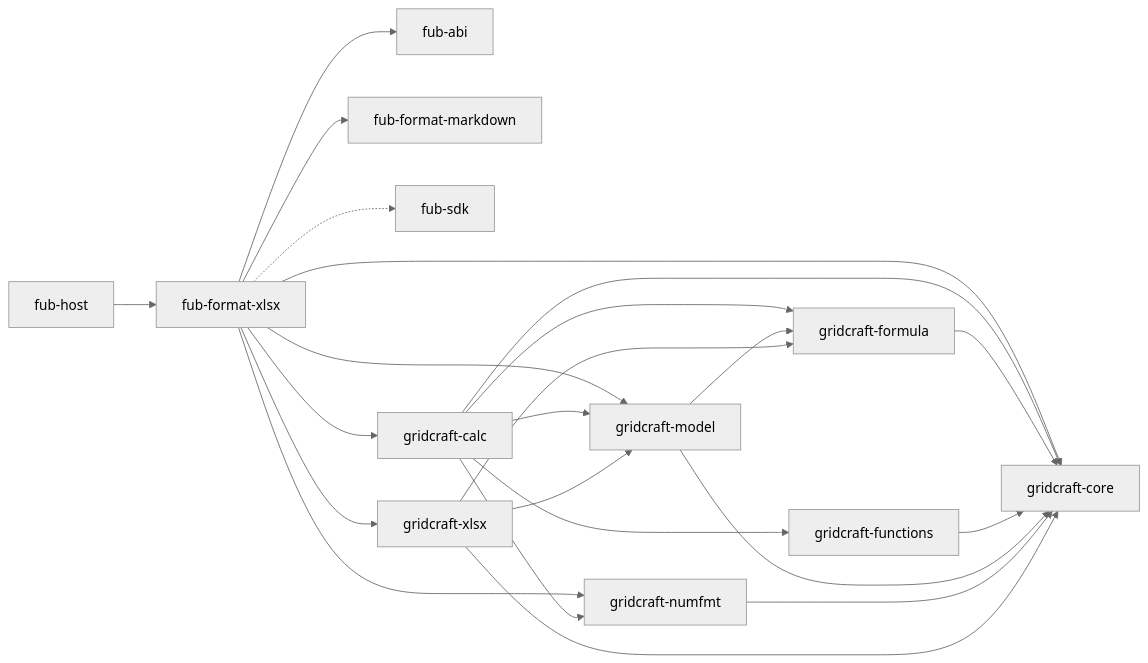
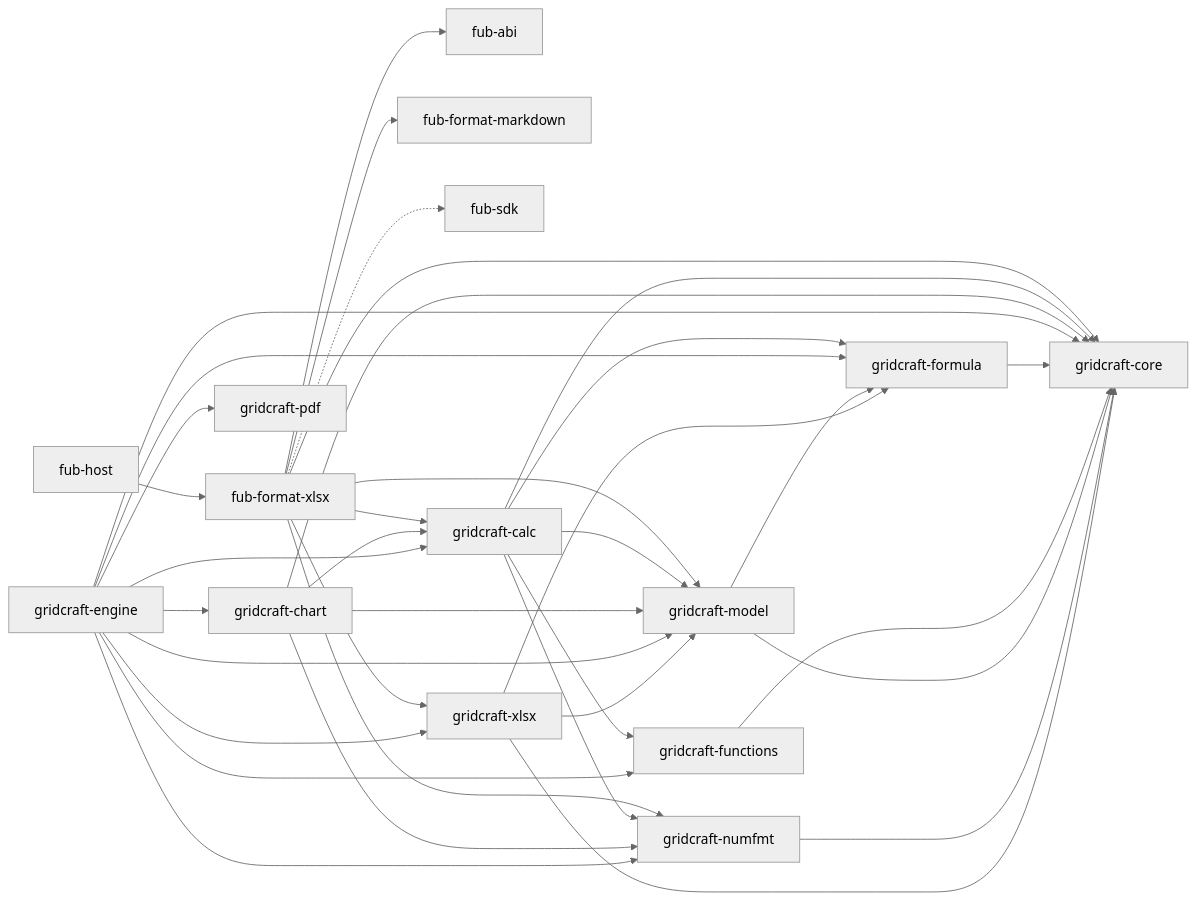
Before and after one commit to Fubeo/Fub: the third of 4 diagrams in docs/architecture/overview.md, drawn with Mermaid (neutral theme). The commit also changed other lines of this file and 77 other files, not shown here.

Commit message:
build(vendor): engine, chart e pdf di GridCraft v0.9.0, con l'apertura senza ricalcolo

````diff
--- a/docs/architecture/overview.md
+++ b/docs/architecture/overview.md
@@ -156,41 +158,57 @@
 ```mermaid
 flowchart LR
     %% @grafo-dipendenze
     %% Il seguito del grafo: fub-format-xlsx e i crate di GridCraft.
 
     host["fub-host"]
     abi["fub-abi"]
     markdown["fub-format-markdown"]
     sdk["fub-sdk"]
     xlsx["fub-format-xlsx"]
     gcalc["gridcraft-calc"]
+    gchart["gridcraft-chart"]
     gcore["gridcraft-core"]
+    gengine["gridcraft-engine"]
     gformula["gridcraft-formula"]
     gfunctions["gridcraft-functions"]
     gnumfmt["gridcraft-numfmt"]
     gmodel["gridcraft-model"]
+    gpdf["gridcraft-pdf"]
     gxlsx["gridcraft-xlsx"]
 
     host --> xlsx
     xlsx --> abi
     xlsx --> markdown
     xlsx -.-> sdk
     xlsx --> gcalc
     xlsx --> gcore
     xlsx --> gmodel
     xlsx --> gnumfmt
     xlsx --> gxlsx
     gcalc --> gcore
     gcalc --> gformula
     gcalc --> gfunctions
     gcalc --> gmodel
     gcalc --> gnumfmt
+    gchart --> gcalc
+    gchart --> gcore
+    gchart --> gmodel
+    gchart --> gnumfmt
+    gengine --> gcalc
+    gengine --> gchart
+    gengine --> gcore
+    gengine --> gformula
+    gengine --> gfunctions
+    gengine --> gmodel
+    gengine --> gnumfmt
+    gengine --> gpdf
+    gengine --> gxlsx
     gformula --> gcore
     gfunctions --> gcore
     gmodel --> gcore
     gmodel --> gformula
     gnumfmt --> gcore
     gxlsx --> gcore
     gxlsx --> gformula
     gxlsx --> gmodel
 ```
````
